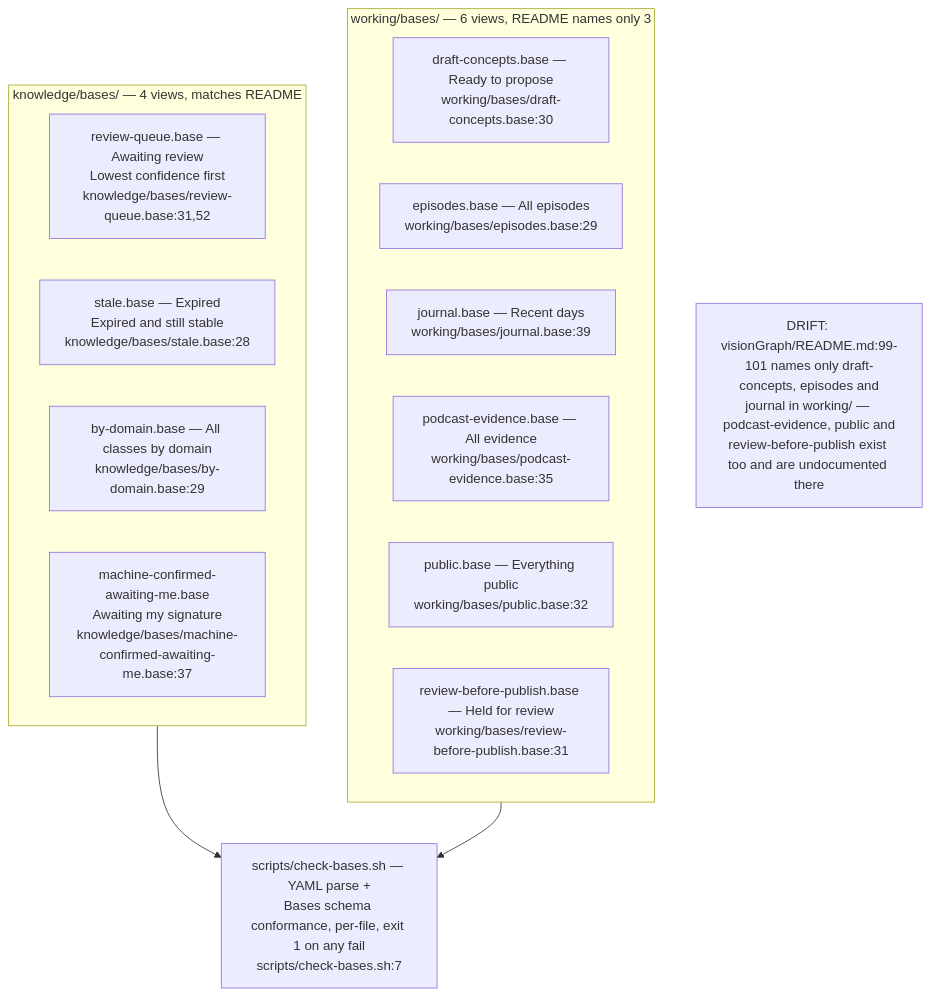
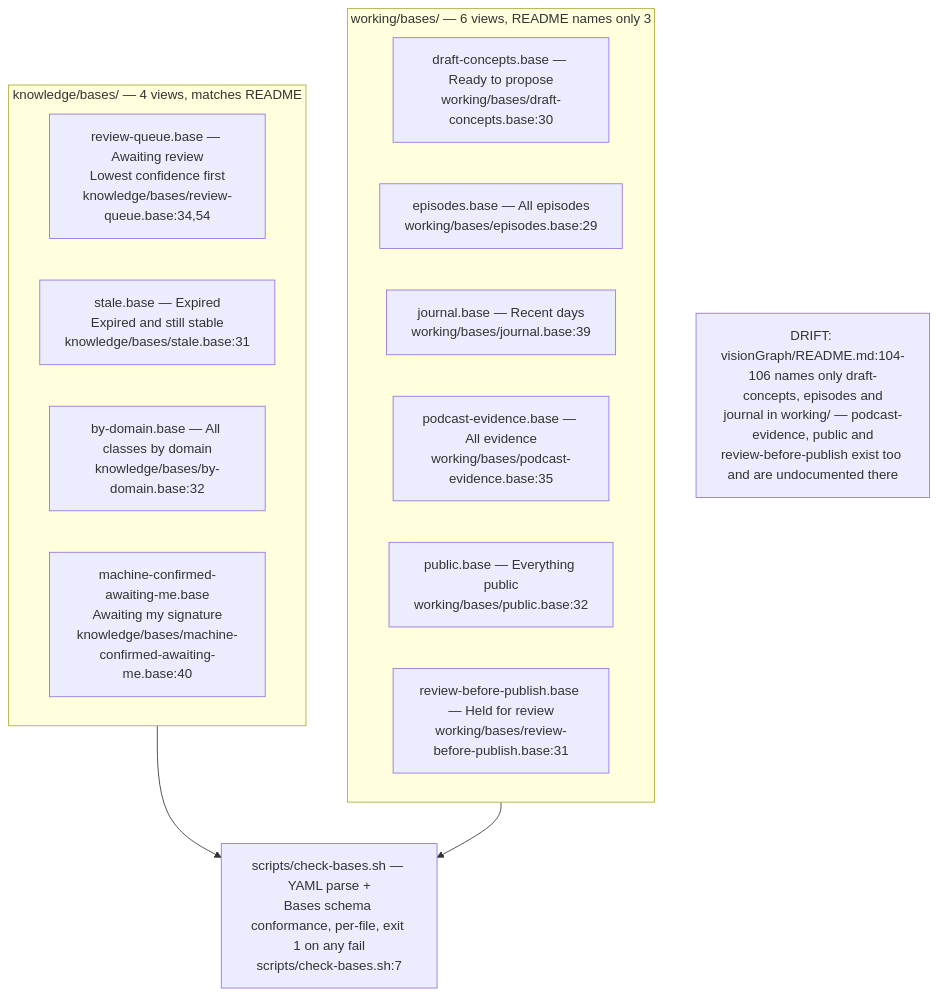
Before and after one commit to DreamLab-AI/VisionFlow: the fifth of 6 diagrams in docs/diagrams/visiongraph/01-vault-structure-and-contract.md, drawn with Mermaid. The commit also changed other lines of this file and 10 other files, not shown here.

First line of the commit message:
docs(diagrams): close ER-1 to ER-4 and ER-33 across ten topics, re-stamped

````diff
--- a/docs/diagrams/visiongraph/01-vault-structure-and-contract.md
+++ b/docs/diagrams/visiongraph/01-vault-structure-and-contract.md
@@ -137,21 +137,21 @@
 ```mermaid
 flowchart TB
     subgraph KB["knowledge/bases/ — 4 views, matches README"]
-        RQ["review-queue.base — Awaiting review<br/>Lowest confidence first<br/>knowledge/bases/review-queue.base:31,52"]
-        ST["stale.base — Expired<br/>Expired and still stable<br/>knowledge/bases/stale.base:28"]
-        BD["by-domain.base — All classes by domain<br/>knowledge/bases/by-domain.base:29"]
-        MC["machine-confirmed-awaiting-me.base<br/>Awaiting my signature<br/>knowledge/bases/machine-confirmed-awaiting-me.base:37"]
+        RQ["review-queue.base — Awaiting review<br/>Lowest confidence first<br/>knowledge/bases/review-queue.base:34,54"]
+        ST["stale.base — Expired<br/>Expired and still stable<br/>knowledge/bases/stale.base:31"]
+        BD["by-domain.base — All classes by domain<br/>knowledge/bases/by-domain.base:32"]
+        MC["machine-confirmed-awaiting-me.base<br/>Awaiting my signature<br/>knowledge/bases/machine-confirmed-awaiting-me.base:40"]
     end
     subgraph WB["working/bases/ — 6 views, README names only 3"]
         DC["draft-concepts.base — Ready to propose<br/>working/bases/draft-concepts.base:30"]
         EP["episodes.base — All episodes<br/>working/bases/episodes.base:29"]
         JR["journal.base — Recent days<br/>working/bases/journal.base:39"]
         PE["podcast-evidence.base — All evidence<br/>working/bases/podcast-evidence.base:35"]
         PB["public.base — Everything public<br/>working/bases/public.base:32"]
         RB["review-before-publish.base — Held for review<br/>working/bases/review-before-publish.base:31"]
     end
     CHK["scripts/check-bases.sh — YAML parse +<br/>Bases schema conformance, per-file, exit 1 on any fail<br/>scripts/check-bases.sh:7"]
     KB --> CHK
     WB --> CHK
-    note1["DRIFT: visionGraph/README.md:99-101 names only draft-concepts, episodes and<br/>journal in working#47; — podcast-evidence, public and<br/>review-before-publish exist too and are undocumented there"]
+    note1["DRIFT: visionGraph/README.md:104-106 names only draft-concepts, episodes and<br/>journal in working#47; — podcast-evidence, public and<br/>review-before-publish exist too and are undocumented there"]
 ```
````
